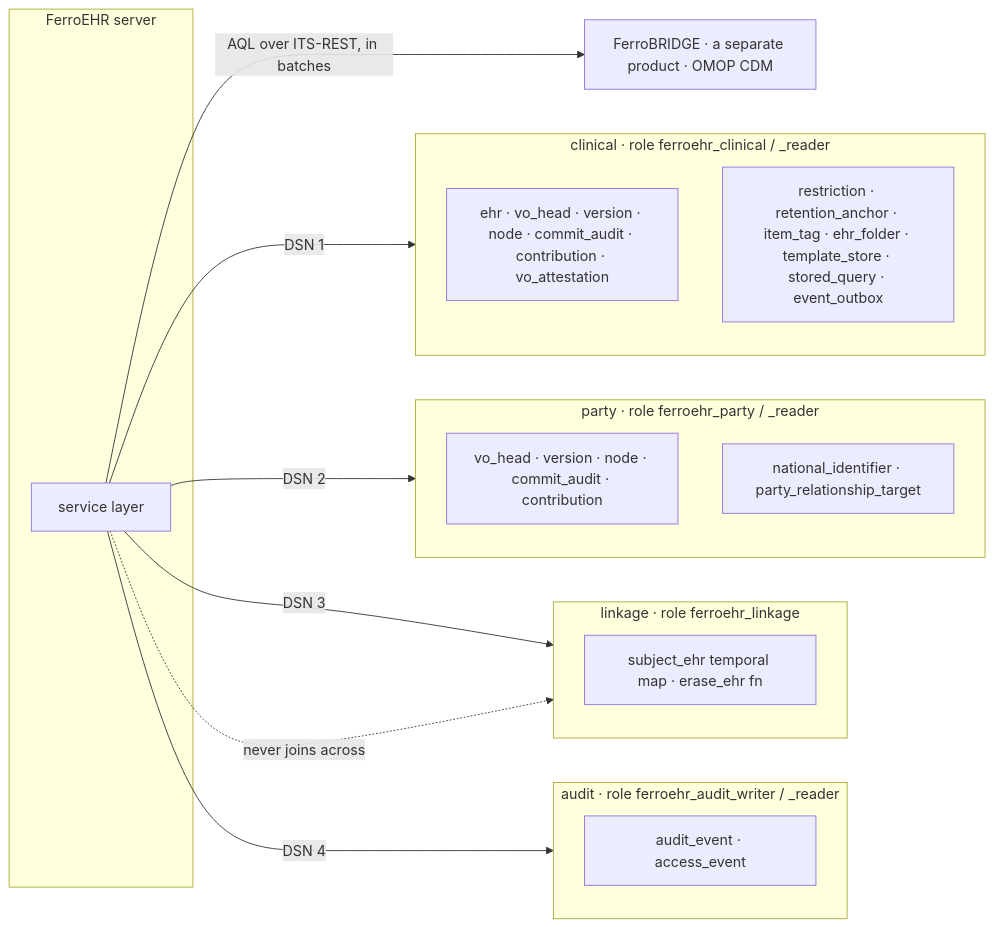
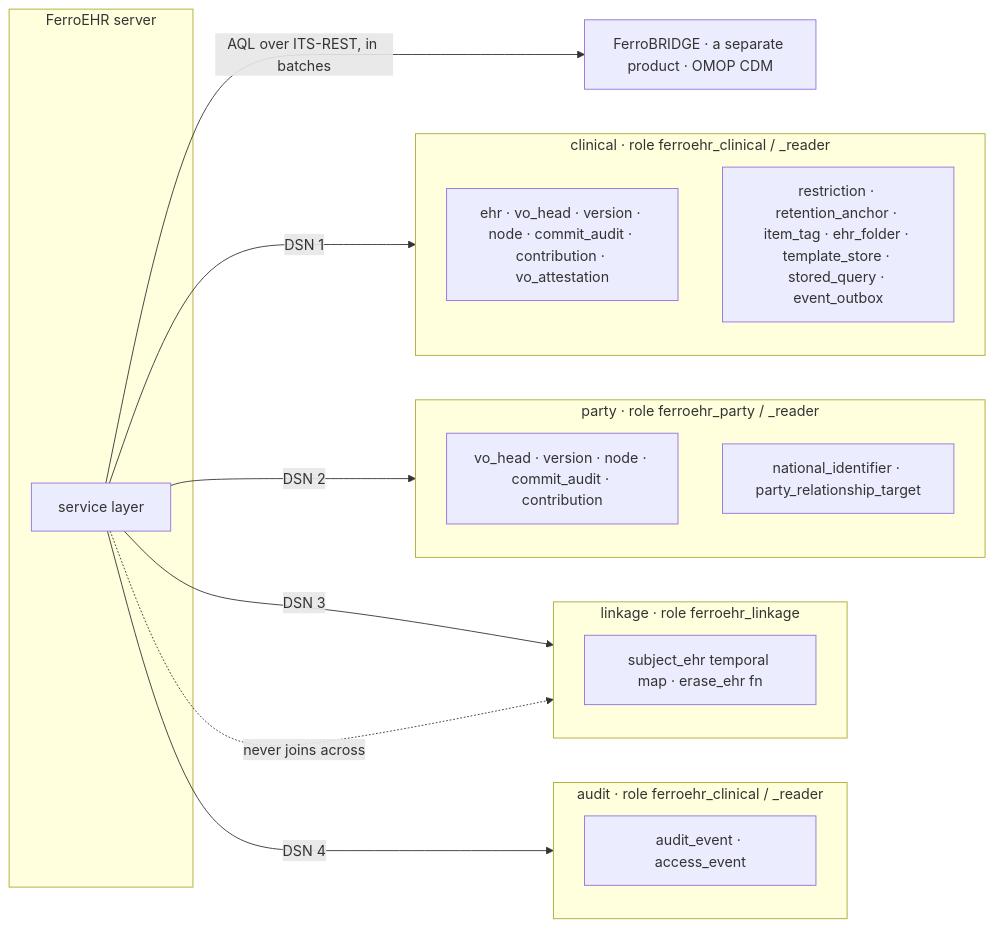
The first of 5 diagrams in docs/plans/storage-redesign.md (rubentalstra/FerroEHR), drawn with Mermaid before and after one commit. The commit also changed other lines of this file and 5 other files, not shown here.

First line of the commit message:
docs(architecture): the storage section against the generation-2 migration sets

````diff
--- a/docs/plans/storage-redesign.md
+++ b/docs/plans/storage-redesign.md
@@ -177,27 +177,27 @@
 ```mermaid
 flowchart LR
   subgraph app[FerroEHR server]
     svc[service layer]
   end
   subgraph clinical[clinical  ·  role ferroehr_clinical / _reader]
     C1[ehr · vo_head · version · node · commit_audit · contribution · vo_attestation]
     C2[restriction · retention_anchor · item_tag · ehr_folder · template_store · stored_query · event_outbox]
   end
   subgraph party[party  ·  role ferroehr_party / _reader]
     P1[vo_head · version · node · commit_audit · contribution]
     P2[national_identifier · party_relationship_target]
   end
   subgraph linkage[linkage  ·  role ferroehr_linkage]
     L1[subject_ehr temporal map · erase_ehr fn]
   end
-  subgraph audit[audit  ·  role ferroehr_audit_writer / _reader]
+  subgraph audit[audit  ·  role ferroehr_clinical / _reader]
     A1[audit_event · access_event]
   end
   bridge[FerroBRIDGE · a separate product · OMOP CDM]
   svc -- DSN 1 --> clinical
   svc -- DSN 2 --> party
   svc -- DSN 3 --> linkage
   svc -- DSN 4 --> audit
   svc -- AQL over ITS-REST, in batches --> bridge
   svc -. never joins across .-> linkage
 ```
````
